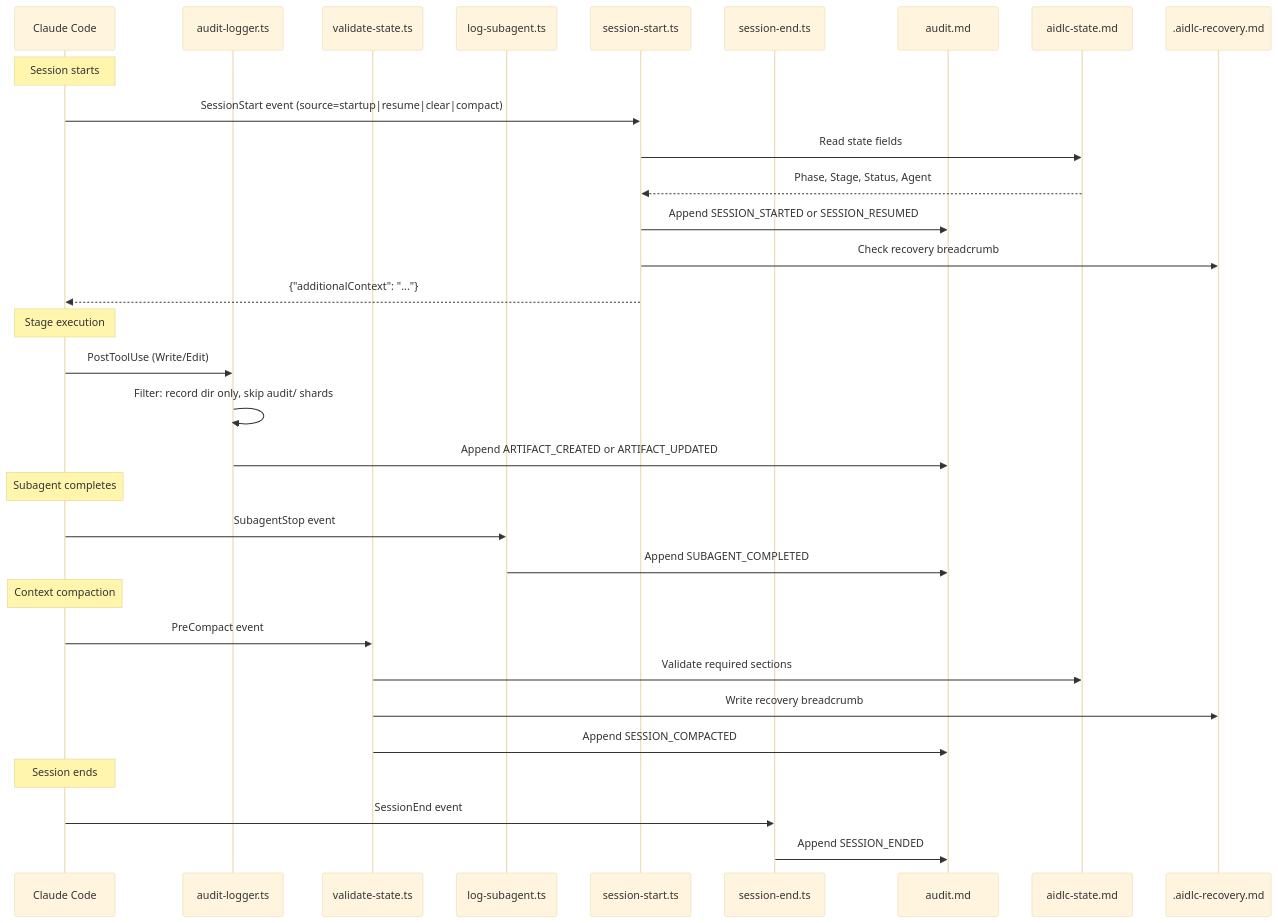
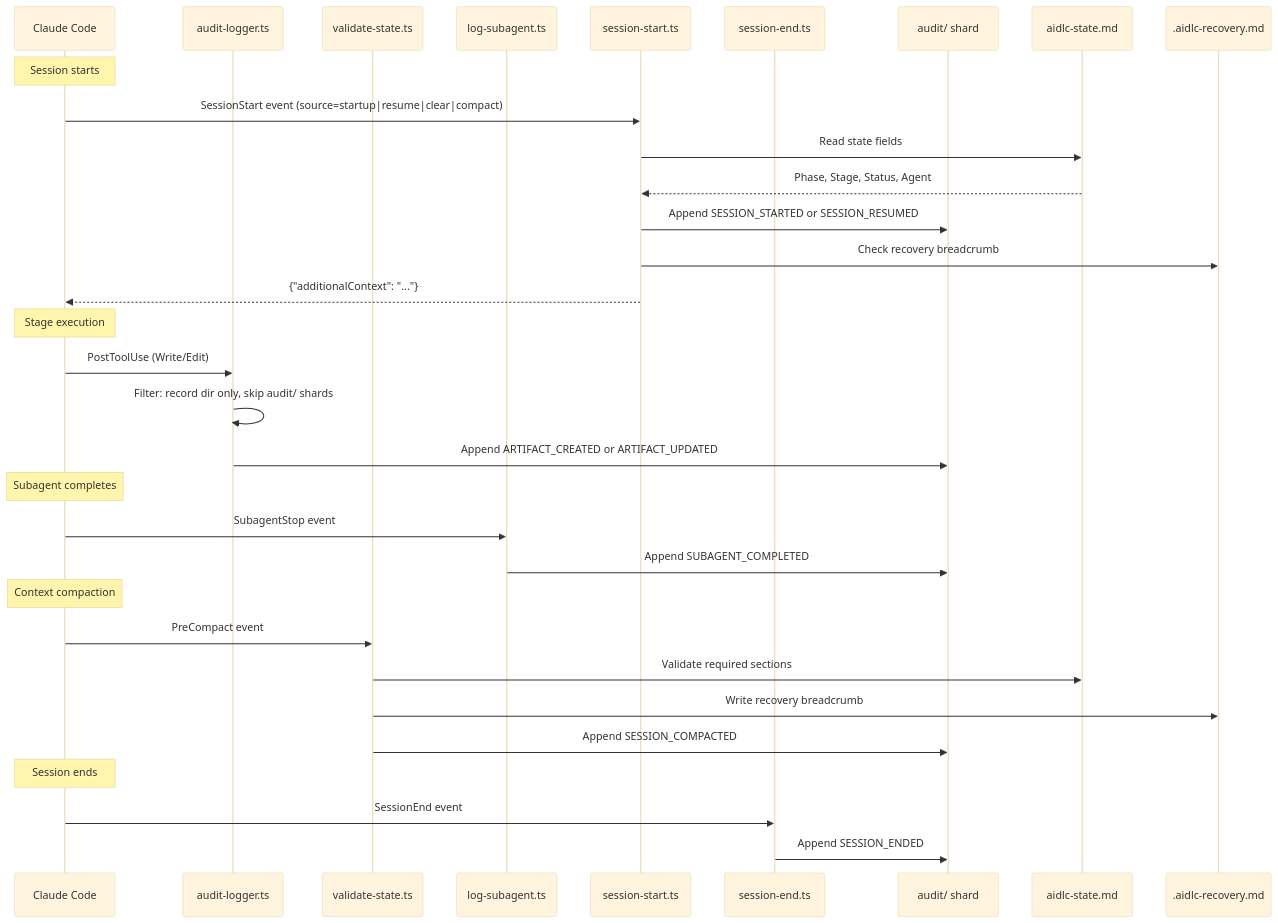
The diagram in docs/reference/06-hooks-and-tools.md (awslabs/aidlc-workflows), drawn with Mermaid (base theme) before and after one commit. The commit also changed other lines of this file and 169 other files, not shown here.

````diff
--- a/docs/reference/06-hooks-and-tools.md
+++ b/docs/reference/06-hooks-and-tools.md
@@ -58,39 +58,39 @@
 ```mermaid
 sequenceDiagram
     participant CC as Claude Code
     participant AL as audit-logger.ts
     participant VS as validate-state.ts
     participant LS as log-subagent.ts
     participant SS as session-start.ts
     participant SE as session-end.ts
-    participant AF as audit.md
+    participant AF as audit/ shard
     participant SF as aidlc-state.md
     participant RF as .aidlc-recovery.md
 
     Note over CC: Session starts
     CC->>SS: SessionStart event (source=startup|resume|clear|compact)
     SS->>SF: Read state fields
     SF-->>SS: Phase, Stage, Status, Agent
     SS->>AF: Append SESSION_STARTED or SESSION_RESUMED
     SS->>RF: Check recovery breadcrumb
     SS-->>CC: {"additionalContext": "..."}
 
     Note over CC: Stage execution
     CC->>AL: PostToolUse (Write/Edit)
     AL->>AL: Filter: record dir only, skip audit/ shards
     AL->>AF: Append ARTIFACT_CREATED or ARTIFACT_UPDATED
 
     Note over CC: Subagent completes
     CC->>LS: SubagentStop event
     LS->>AF: Append SUBAGENT_COMPLETED
 
     Note over CC: Context compaction
     CC->>VS: PreCompact event
     VS->>SF: Validate required sections
     VS->>RF: Write recovery breadcrumb
     VS->>AF: Append SESSION_COMPACTED
 
     Note over CC: Session ends
     CC->>SE: SessionEnd event
     SE->>AF: Append SESSION_ENDED
 ```
````
